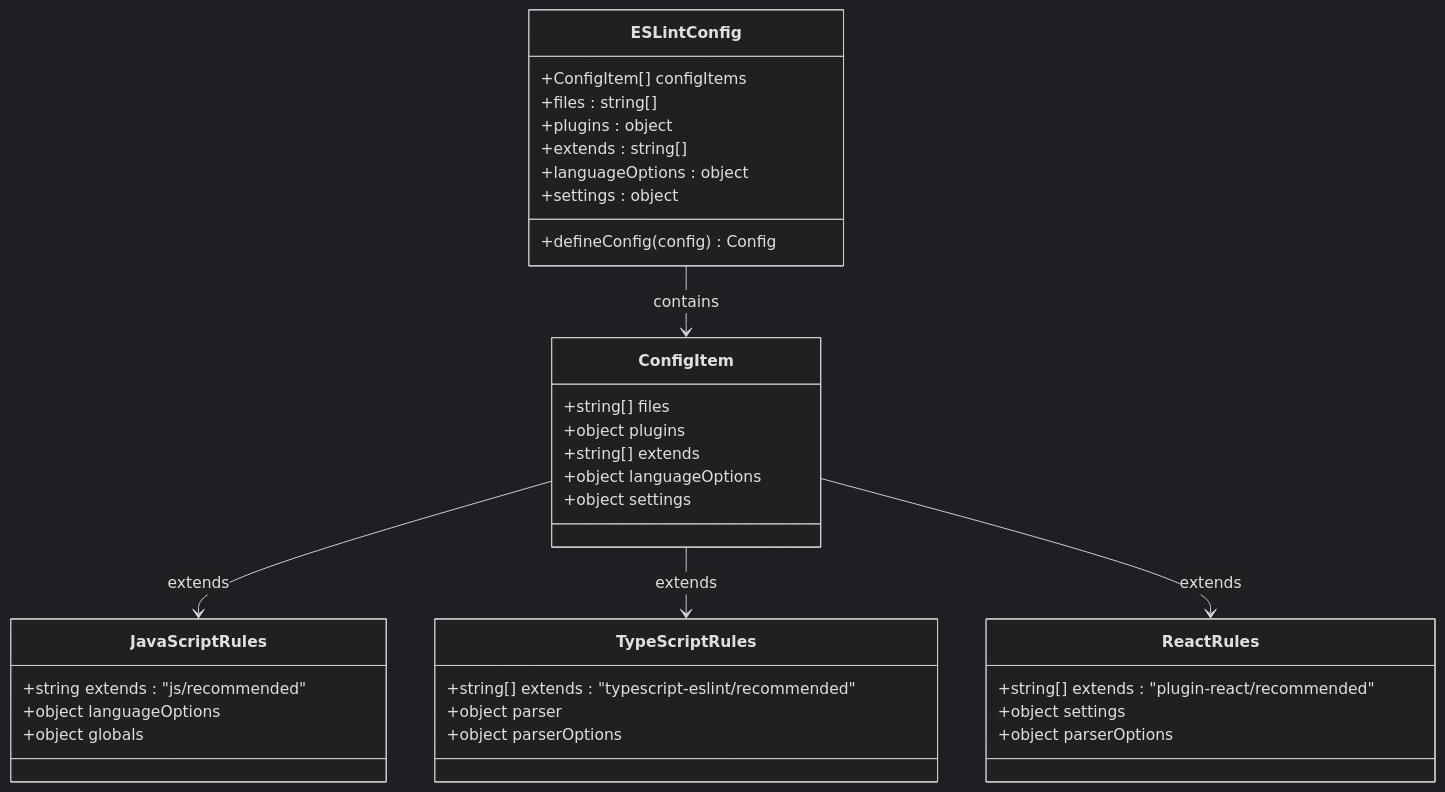
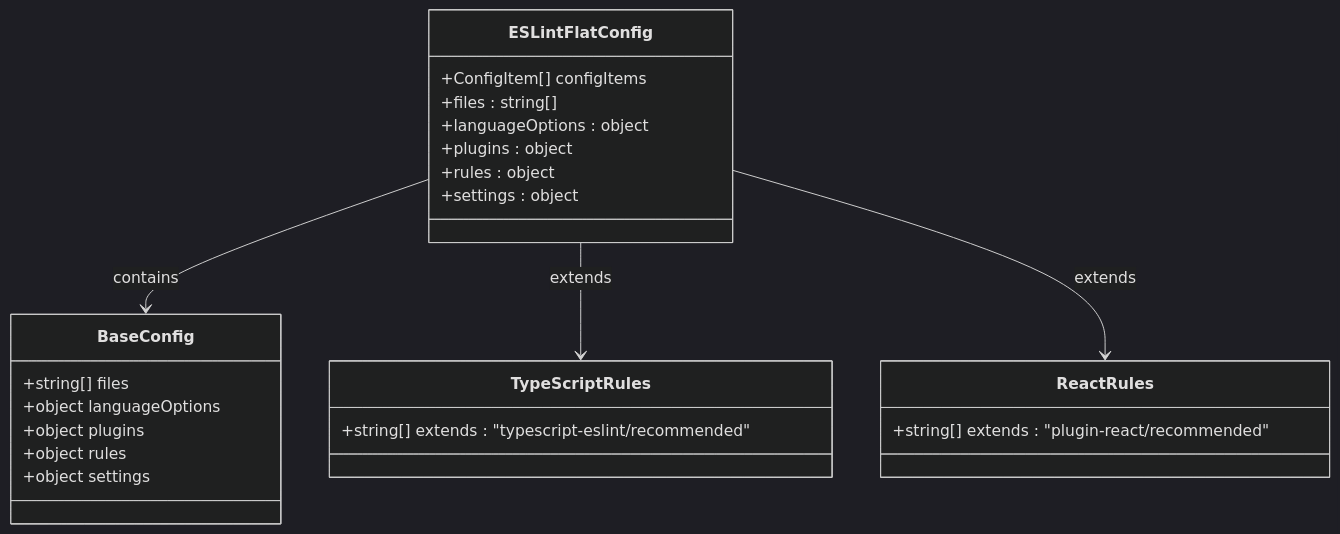
Before and after one commit to kkxxll/reactNext: the second of 9 diagrams in .qoder/repowiki/zh/content/开发工具链/ESLint 代码质量检查.md, drawn with Mermaid (dark theme). The commit also changed other lines of this file and 7 other files, not shown here.

````diff
--- a/.qoder/repowiki/zh/content/开发工具链/ESLint 代码质量检查.md
+++ b/.qoder/repowiki/zh/content/开发工具链/ESLint 代码质量检查.md
@@ -82,38 +102,27 @@
 ```mermaid
 classDiagram
-class ESLintConfig {
+class ESLintFlatConfig {
 +ConfigItem[] configItems
-+defineConfig(config) Config
 +files : string[]
++languageOptions : object
 +plugins : object
-+extends : string[]
-+languageOptions : object
++rules : object
 +settings : object
 }
-class ConfigItem {
+class BaseConfig {
 +string[] files
++object languageOptions
 +object plugins
-+string[] extends
-+object languageOptions
++object rules
 +object settings
-}
-class JavaScriptRules {
-+string extends : "js/recommended"
-+object languageOptions
-+object globals
 }
 class TypeScriptRules {
 +string[] extends : "typescript-eslint/recommended"
-+object parser
-+object parserOptions
 }
 class ReactRules {
 +string[] extends : "plugin-react/recommended"
-+object settings
-+object parserOptions
 }
-ESLintConfig --> ConfigItem : contains
-ConfigItem --> JavaScriptRules : extends
-ConfigItem --> TypeScriptRules : extends
-ConfigItem --> ReactRules : extends
+ESLintFlatConfig --> BaseConfig : contains
+ESLintFlatConfig --> TypeScriptRules : extends
+ESLintFlatConfig --> ReactRules : extends
 ```
````
